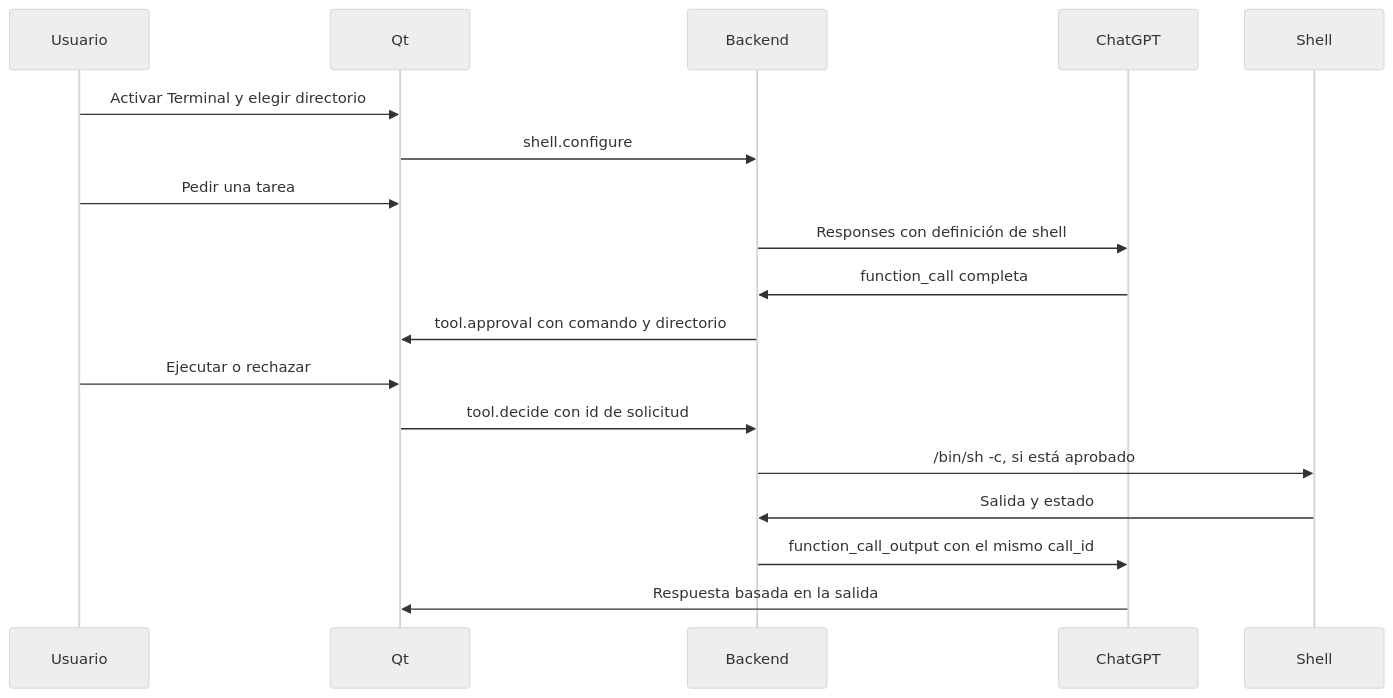
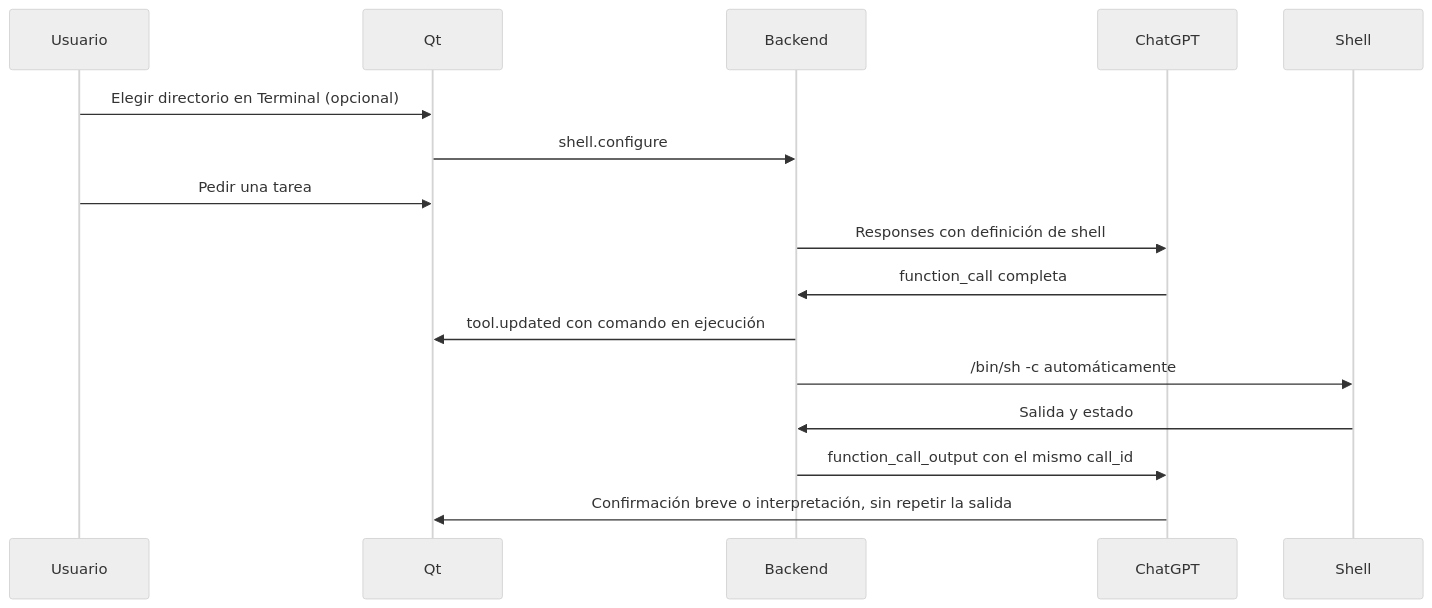
One commit to davidmeraz/agent-shell changed the diagram in docs/terminal.md. Above: the diagram before and after it, drawn with Mermaid (neutral theme). The commit also changed other lines of this file and 36 other files, not shown here.

First line of the commit message:
feat: renovar chat, terminal y métricas en Agent Shell v0.9.0

````diff
--- a/docs/terminal.md
+++ b/docs/terminal.md
@@ -7,20 +7,18 @@
 ```mermaid
 sequenceDiagram
     participant Usuario
     participant Qt
     participant Backend
     participant ChatGPT
     participant Shell
-    Usuario->>Qt: Activar Terminal y elegir directorio
+    Usuario->>Qt: Elegir directorio en Terminal (opcional)
     Qt->>Backend: shell.configure
     Usuario->>Qt: Pedir una tarea
     Backend->>ChatGPT: Responses con definición de shell
     ChatGPT->>Backend: function_call completa
-    Backend->>Qt: tool.approval con comando y directorio
-    Usuario->>Qt: Ejecutar o rechazar
-    Qt->>Backend: tool.decide con id de solicitud
-    Backend->>Shell: /bin/sh -c, si está aprobado
+    Backend->>Qt: tool.updated con comando en ejecución
+    Backend->>Shell: /bin/sh -c automáticamente
     Shell->>Backend: Salida y estado
     Backend->>ChatGPT: function_call_output con el mismo call_id
-    ChatGPT->>Qt: Respuesta basada en la salida
+    ChatGPT->>Qt: Confirmación breve o interpretación, sin repetir la salida
 ```
````
